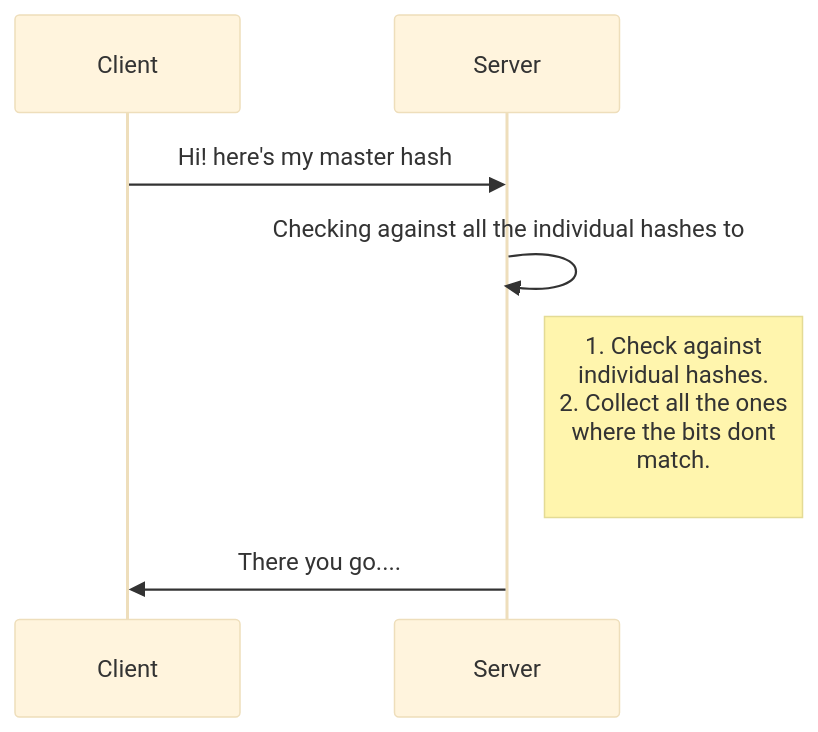
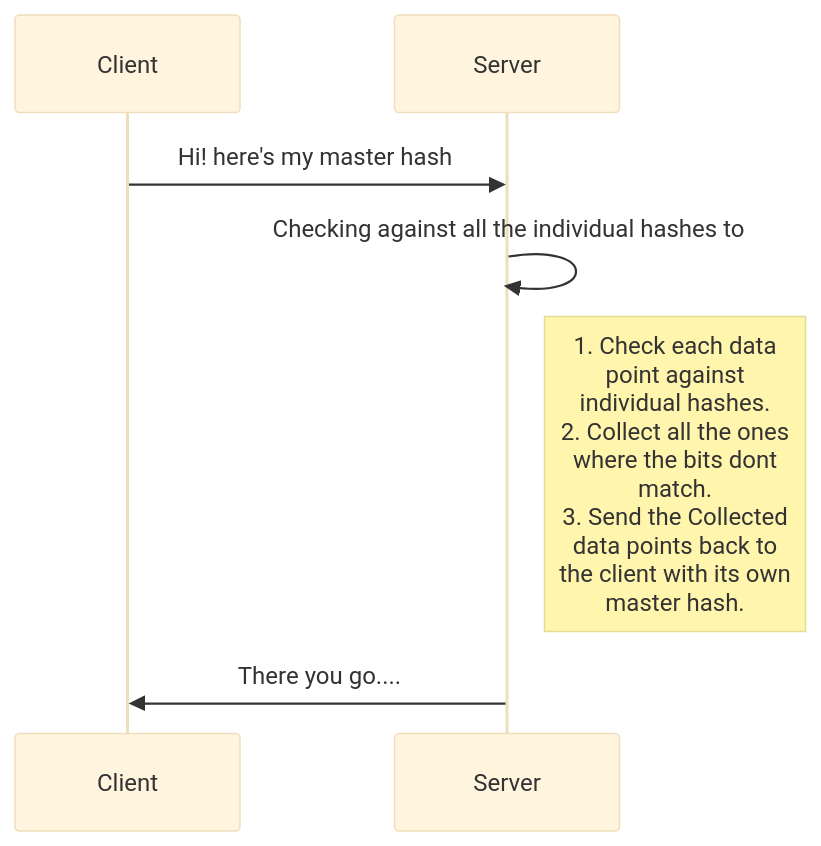
One commit to trshant-sugoi/stackedit changed the first of 2 diagrams in drafts/2019-02-05-bloom-filter.md. Above: the diagram before and after it, drawn with Mermaid (base theme). The commit also changed other lines of this file, not shown here.

````diff
--- a/drafts/2019-02-05-bloom-filter.md
+++ b/drafts/2019-02-05-bloom-filter.md
@@ -10,8 +10,7 @@
 ```mermaid
 sequenceDiagram
 Client ->> Server: Hi! here's my master hash
 Server ->> Server: Checking against all the individual hashes to 
-Note right of Server: 1. Check against <br/>individual hashes.<br/>2. Collect all the ones<br/> where the bits dont <br/>match.<br/>
-
+Note right of Server: 1. Check each data <br/>point against <br/>individual hashes.<br/>2. Collect all the ones<br/> where the bits dont <br/>match.<br/>3. Send the Collected<br/> data points back to <br/>the client with its own<br/> master hash.
 Server ->> Client: There you go....
 ```
````
